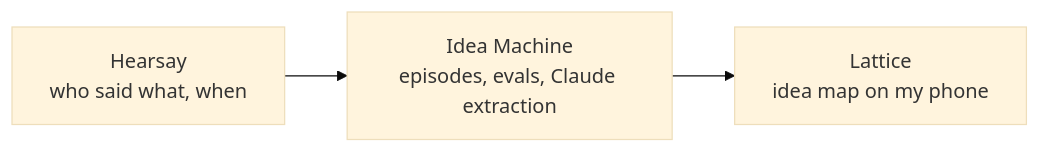
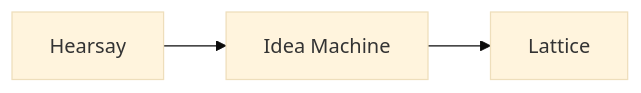
One commit to junglestyle/.github changed the diagram in profile/README.md. Above: the diagram before and after it, drawn with Mermaid (base theme). The commit also changed other lines of this file and 1 other file, not shown here.

````diff
--- a/profile/README.md
+++ b/profile/README.md
@@ -8,4 +10,4 @@
 ```mermaid
 flowchart LR
-  H[Hearsay<br/>who said what, when] --> I[Idea Machine<br/>episodes, evals, Claude extraction] --> L[Lattice<br/>idea map on my phone]
+  H[Hearsay] --> I[Idea Machine] --> L[Lattice]
 ```
````
